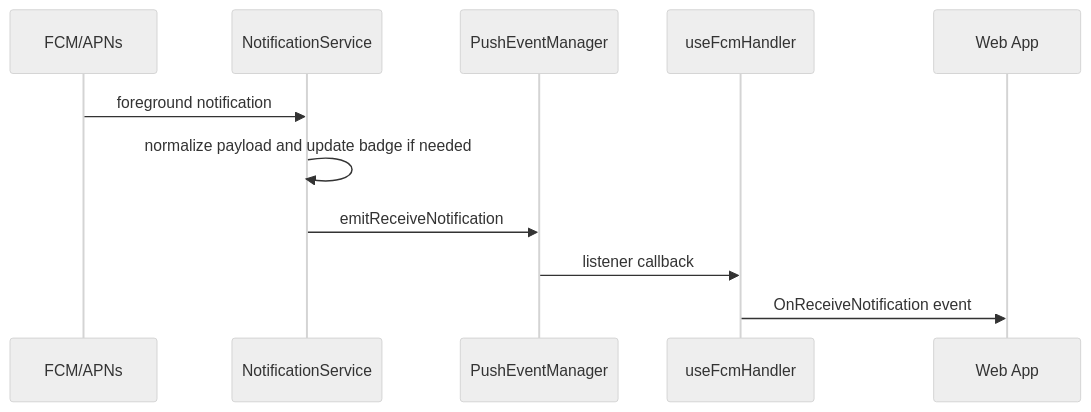
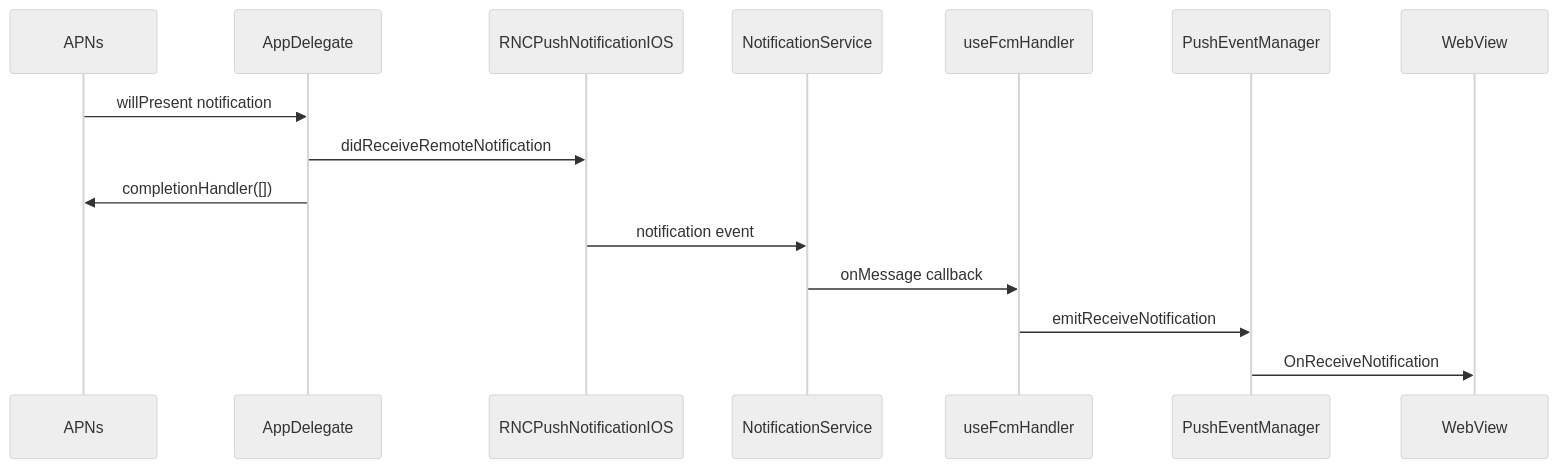
Before and after one commit to lemoncloud-io/dou-app: the third of 4 diagrams in apps/mobile/docs/push.md, drawn with Mermaid (neutral theme). The commit also changed other lines of this file and 5 other files, not shown here.

Commit message:
docs: update mobile push notification documentation

````diff
--- a/apps/mobile/docs/push.md
+++ b/apps/mobile/docs/push.md
@@ -33,14 +89,18 @@
 ```mermaid
 sequenceDiagram
-    participant OS as FCM/APNs
+    participant APNs as APNs
+    participant AppDelegate as AppDelegate
+    participant PushIOS as RNCPushNotificationIOS
     participant Service as NotificationService
+    participant Handler as useFcmHandler
     participant Broker as PushEventManager
-    participant Handler as useFcmHandler
-    participant Web as Web App
+    participant Web as WebView
 
-    OS->>Service: foreground notification
-    Service->>Service: normalize payload and update badge if needed
-    Service->>Broker: emitReceiveNotification
-    Broker->>Handler: listener callback
-    Handler->>Web: OnReceiveNotification event
+    APNs->>AppDelegate: willPresent notification
+    AppDelegate->>PushIOS: didReceiveRemoteNotification
+    AppDelegate->>APNs: completionHandler([])
+    PushIOS->>Service: notification event
+    Service->>Handler: onMessage callback
+    Handler->>Broker: emitReceiveNotification
+    Broker->>Web: OnReceiveNotification
 ```
````
